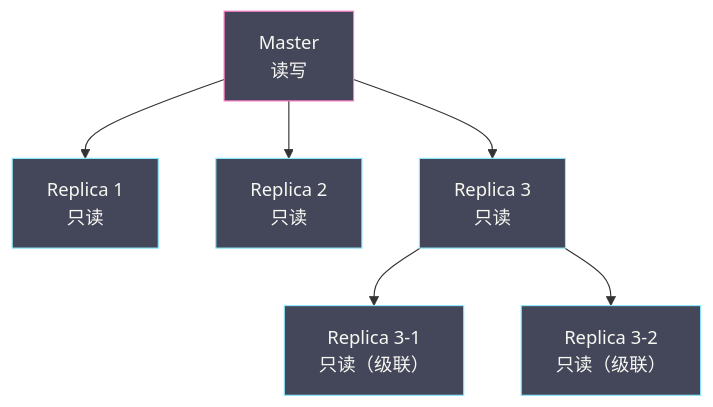
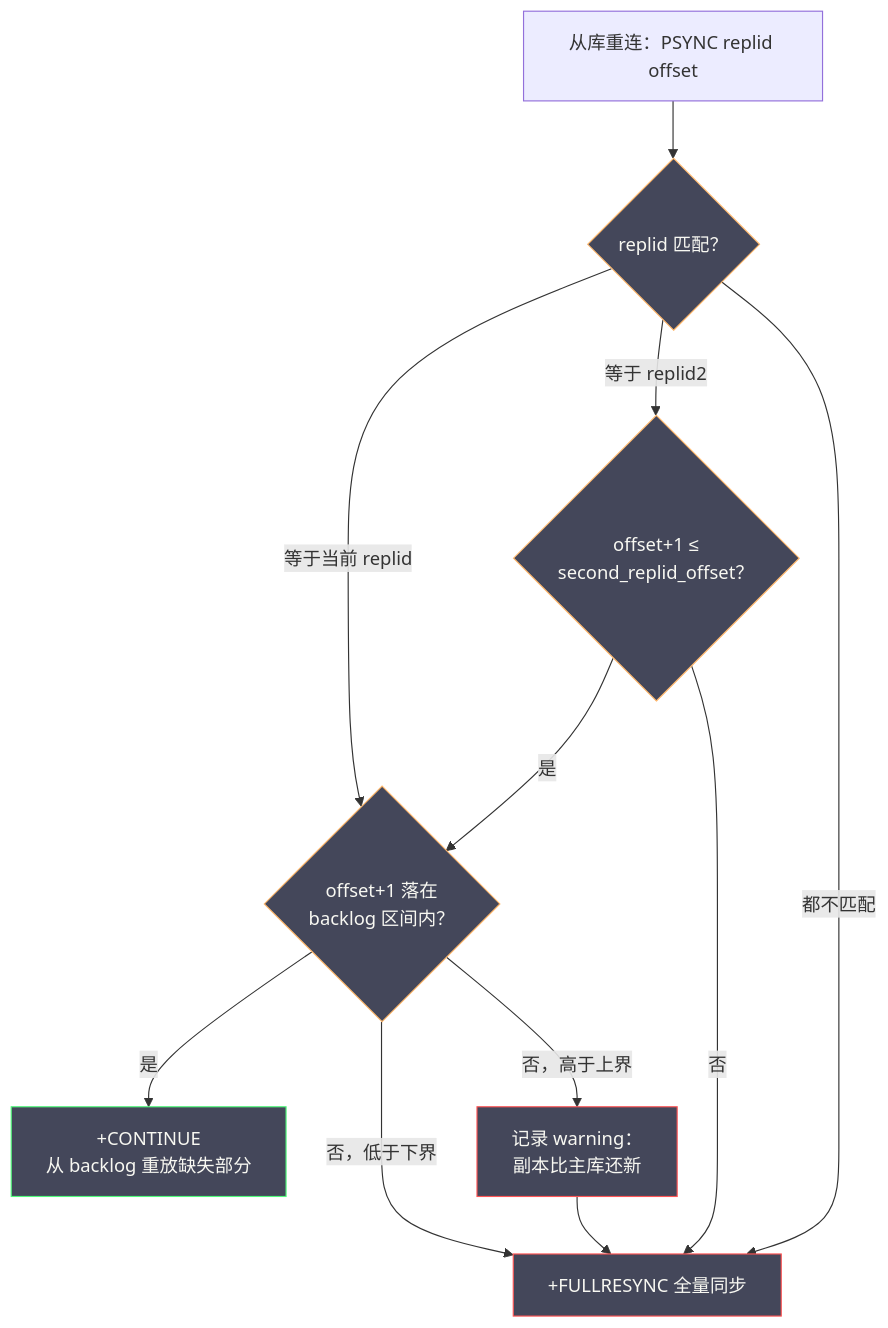
The second of 6 diagrams in content/中间件/Redis/Redis设计与实现/09 主从复制与 Sentinel 高可用.md (hpliStartAgain/my-brain), drawn with Mermaid before and after one commit. The commit also changed other lines of this file and 455 other files, not shown here.

````diff
--- a/content/中间件/Redis/Redis设计与实现/09 主从复制与 Sentinel 高可用.md
+++ b/content/中间件/Redis/Redis设计与实现/09 主从复制与 Sentinel 高可用.md
@@ -23,15 +167,20 @@
 ```mermaid
 %%{init: {'theme': 'dracula'}}%%
-graph TD
-    M["Master</br>读写"] --> S1["Replica 1</br>只读"]
-    M --> S2["Replica 2</br>只读"]
-    M --> S3["Replica 3</br>只读"]
-    S3 --> S3_1["Replica 3-1</br>只读（级联）"]
-    S3 --> S3_2["Replica 3-2</br>只读（级联）"]
+flowchart TD
+    A["从库重连：PSYNC replid offset"] --> B{"replid 匹配？"}
+    B -->|"等于当前 replid"| D{"offset+1 落在<br/>backlog 区间内？"}
+    B -->|"等于 replid2"| C{"offset+1 ≤<br/>second_replid_offset？"}
+    C -->|"是"| D
+    C -->|"否"| G["+FULLRESYNC 全量同步"]
+    B -->|"都不匹配"| G
+    D -->|"是"| E["+CONTINUE<br/>从 backlog 重放缺失部分"]
+    D -->|"否，低于下界"| G
+    D -->|"否，高于上界"| F["记录 warning：<br/>副本比主库还新"] --> G
 
-    classDef master fill:#44475a,stroke:#ff79c6,color:#f8f8f2
-    classDef replica fill:#44475a,stroke:#8be9fd,color:#f8f8f2
-
-    class M master
-    class S1,S2,S3,S3_1,S3_2 replica
+    classDef ok fill:#44475a,stroke:#50fa7b,color:#f8f8f2
+    classDef bad fill:#44475a,stroke:#ff5555,color:#f8f8f2
+    classDef chk fill:#44475a,stroke:#ffb86c,color:#f8f8f2
+    class E ok
+    class G,F bad
+    class B,C,D chk
 ```
````
